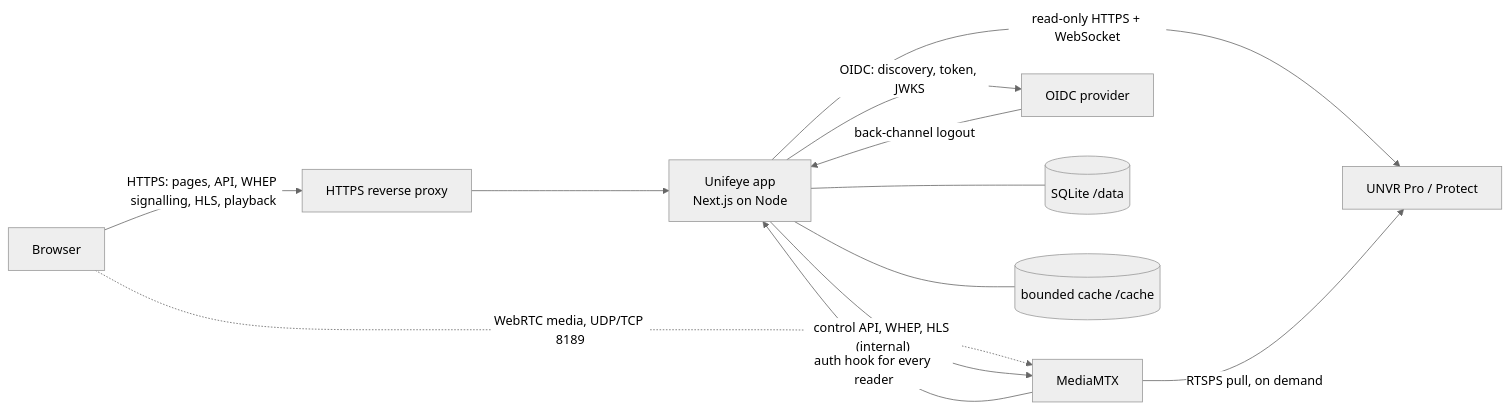
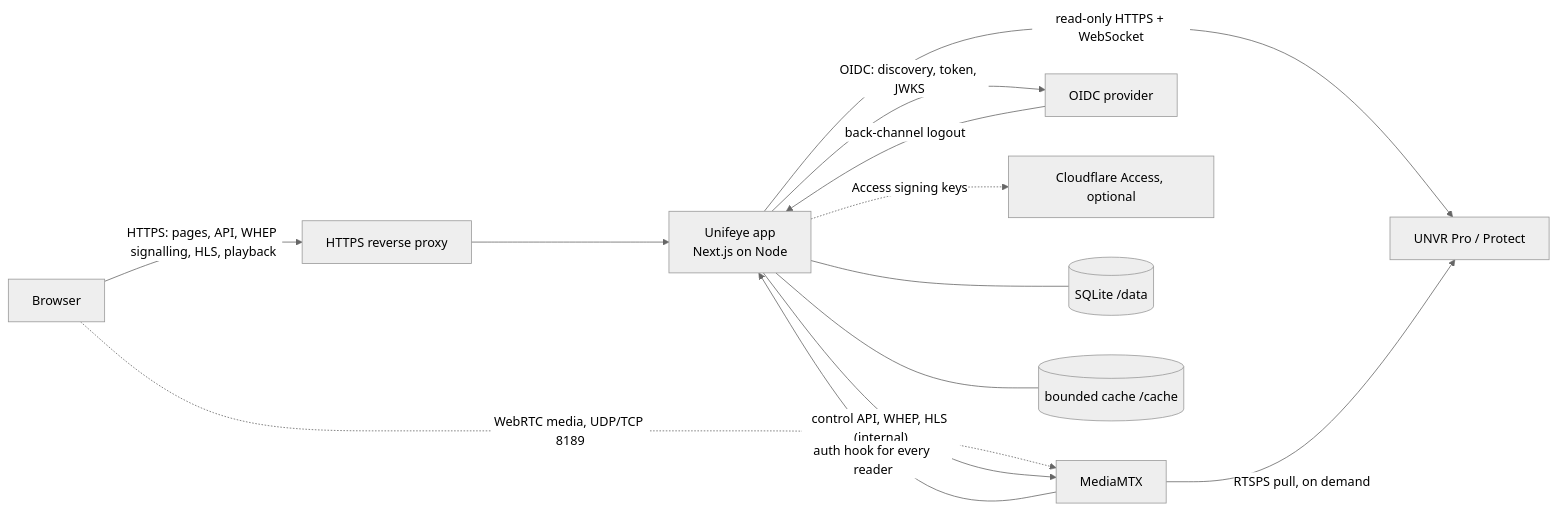
One commit to cmer/unifeye changed the diagram in docs/architecture.md. Above: the diagram before and after it, drawn with Mermaid (neutral theme). The commit also changed other lines of this file and 34 other files, not shown here.

````diff
--- a/docs/architecture.md
+++ b/docs/architecture.md
@@ -5,14 +5,15 @@
 ```mermaid
 flowchart LR
   B[Browser] -- HTTPS: pages, API, WHEP signalling, HLS, playback --> P[HTTPS reverse proxy]
   P --> A[Unifeye app<br/>Next.js on Node]
   B -. WebRTC media, UDP/TCP 8189 .-> M[MediaMTX]
   A -- control API, WHEP, HLS (internal) --> M
   M -- auth hook for every reader --> A
   A -- OIDC: discovery, token, JWKS --> Z[OIDC provider]
   Z -- back-channel logout --> A
+  A -. Access signing keys .-> CF[Cloudflare Access, optional]
   A -- read-only HTTPS + WebSocket --> N[UNVR Pro / Protect]
   M -- RTSPS pull, on demand --> N
   A --- D[(SQLite /data)]
   A --- C[(bounded cache /cache)]
 ```
````
